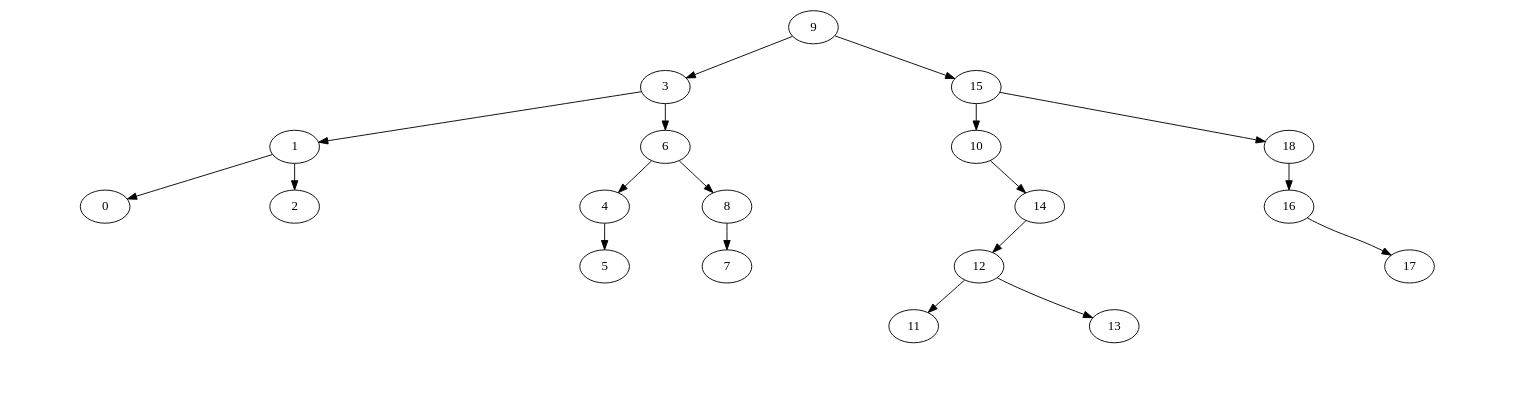
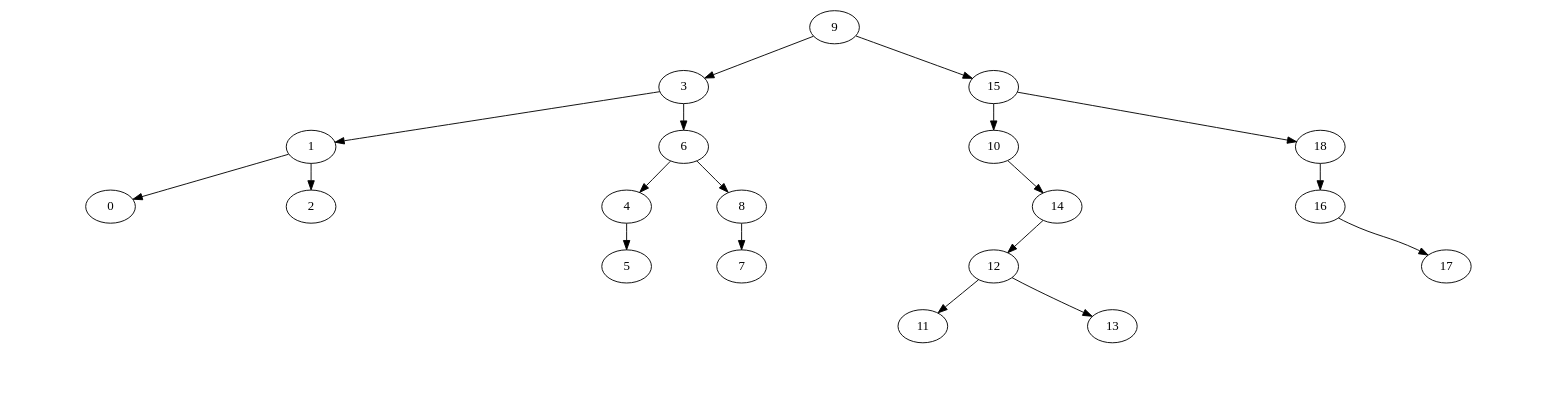
Before and after one commit to Serch-ING/EDD_UDRAWING_202000119: the diagram in FASE 2/Grafico/3000_ArbolCapas.dot, drawn with Graphviz. The commit also changed 9 other files, not shown here.

```diff
--- a/FASE 2/Grafico/3000_ArbolCapas.dot
+++ b/FASE 2/Grafico/3000_ArbolCapas.dot
@@ -1,62 +1,62 @@
 digraph G {
 nodesep=0; 
 ranksep=0.4;
 9-> 3
 3-> 1
 1-> 0
-Invisible970789446[style=invis];
-0-> Invisible970789446[arrowsize=0 style= invisible] 
-Invisible970789446[style=invis];
-0-> Invisible970789446[arrowsize=0 style= invisible] 
+Invisible1398732626[style=invis];
+0-> Invisible1398732626[arrowsize=0 style= invisible] 
+Invisible1398732626[style=invis];
+0-> Invisible1398732626[arrowsize=0 style= invisible] 
 1-> 2
-Invisible593402877[style=invis];
-2-> Invisible593402877[arrowsize=0 style= invisible] 
-Invisible593402877[style=invis];
-2-> Invisible593402877[arrowsize=0 style= invisible] 
+Invisible1973437967[style=invis];
+2-> Invisible1973437967[arrowsize=0 style= invisible] 
+Invisible1973437967[style=invis];
+2-> Invisible1973437967[arrowsize=0 style= invisible] 
 3-> 6
 6-> 4
-Invisible264248851[style=invis];
-4-> Invisible264248851[arrowsize=0 style= invisible] 
+Invisible793561326[style=invis];
+4-> Invisible793561326[arrowsize=0 style= invisible] 
 4-> 5
-Invisible1922987745[style=invis];
-5-> Invisible1922987745[arrowsize=0 style= invisible] 
-Invisible1922987745[style=invis];
-5-> Invisible1922987745[arrowsize=0 style= invisible] 
+Invisible618993500[style=invis];
+5-> Invisible618993500[arrowsize=0 style= invisible] 
+Invisible618993500[style=invis];
+5-> Invisible618993500[arrowsize=0 style= invisible] 
 6-> 8
 8-> 7
-Invisible587208150[style=invis];
-7-> Invisible587208150[arrowsize=0 style= invisible] 
-Invisible587208150[style=invis];
-7-> Invisible587208150[arrowsize=0 style= invisible] 
-Invisible1951855416[style=invis];
-8-> Invisible1951855416[arrowsize=0 style= invisible] 
+Invisible2457845[style=invis];
+7-> Invisible2457845[arrowsize=0 style= invisible] 
+Invisible2457845[style=invis];
+7-> Invisible2457845[arrowsize=0 style= invisible] 
+Invisible2000830144[style=invis];
+8-> Invisible2000830144[arrowsize=0 style= invisible] 
 9-> 15
 15-> 10
-Invisible2078886695[style=invis];
-10-> Invisible2078886695[arrowsize=0 style= invisible] 
+Invisible1040221054[style=invis];
+10-> Invisible1040221054[arrowsize=0 style= invisible] 
 10-> 14
 14-> 12
 12-> 11
-Invisible2051081157[style=invis];
-11-> Invisible2051081157[arrowsize=0 style= invisible] 
-Invisible2051081157[style=invis];
-11-> Invisible2051081157[arrowsize=0 style= invisible] 
+Invisible852700181[style=invis];
+11-> Invisible852700181[arrowsize=0 style= invisible] 
+Invisible852700181[style=invis];
+11-> Invisible852700181[arrowsize=0 style= invisible] 
 12-> 13
-Invisible1498155006[style=invis];
-13-> Invisible1498155006[arrowsize=0 style= invisible] 
-Invisible1498155006[style=invis];
-13-> Invisible1498155006[arrowsize=0 style= invisible] 
-Invisible440459484[style=invis];
-14-> Invisible440459484[arrowsize=0 style= invisible] 
+Invisible509423762[style=invis];
+13-> Invisible509423762[arrowsize=0 style= invisible] 
+Invisible509423762[style=invis];
+13-> Invisible509423762[arrowsize=0 style= invisible] 
+Invisible2022685095[style=invis];
+14-> Invisible2022685095[arrowsize=0 style= invisible] 
 15-> 18
 18-> 16
-Invisible725688512[style=invis];
-16-> Invisible725688512[arrowsize=0 style= invisible] 
+Invisible1118756539[style=invis];
+16-> Invisible1118756539[arrowsize=0 style= invisible] 
 16-> 17
-Invisible1500266822[style=invis];
-17-> Invisible1500266822[arrowsize=0 style= invisible] 
-Invisible1500266822[style=invis];
-17-> Invisible1500266822[arrowsize=0 style= invisible] 
-Invisible1621548642[style=invis];
-18-> Invisible1621548642[arrowsize=0 style= invisible] 
+Invisible1765204351[style=invis];
+17-> Invisible1765204351[arrowsize=0 style= invisible] 
+Invisible1765204351[style=invis];
+17-> Invisible1765204351[arrowsize=0 style= invisible] 
+Invisible504927595[style=invis];
+18-> Invisible504927595[arrowsize=0 style= invisible] 
 }
```
